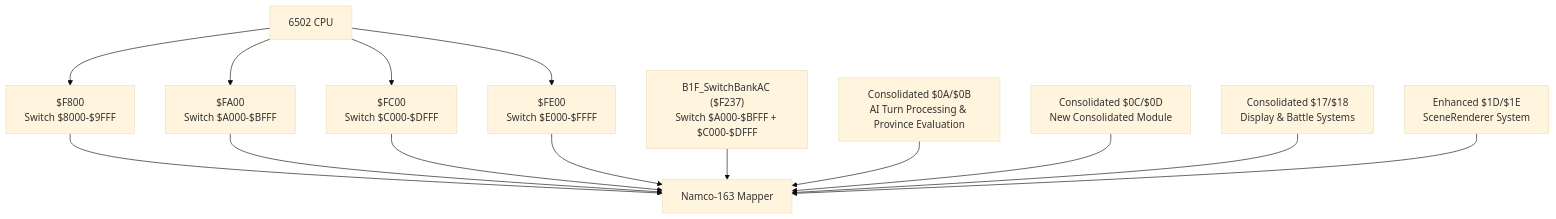
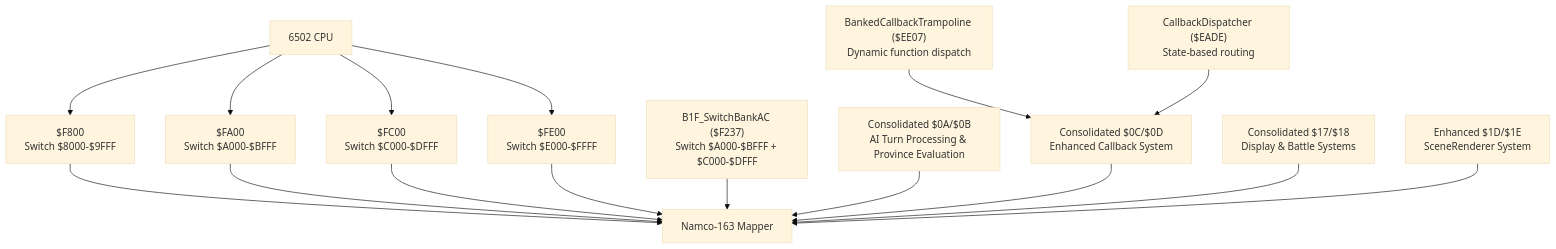
Before and after one commit to rabbyzero/sango2dasm: the second of 3 diagrams in .qoder/repowiki/en/content/Assembly Architecture/Bank Organization and Memory Layout.md, drawn with Mermaid (base theme). The commit also changed other lines of this file and 11 other files, not shown here.

````diff
--- a/.qoder/repowiki/en/content/Assembly Architecture/Bank Organization and Memory Layout.md
+++ b/.qoder/repowiki/en/content/Assembly Architecture/Bank Organization and Memory Layout.md
@@ -129,27 +144,31 @@
 ```mermaid
 graph TB
 CPU["6502 CPU"]
 MAPPER["Namco-163 Mapper"]
 REG8000["$F800<br/>Switch $8000-$9FFF"]
 REGA000["$FA00<br/>Switch $A000-$BFFF"]
 REGC000["$FC00<br/>Switch $C000-$DFFF"]
 REGE000["$FE00<br/>Switch $E000-$FFFF"]
 SWITCHAC["B1F_SwitchBankAC ($F237)<br/>Switch $A000-$BFFF + $C000-$DFFF"]
+TRAMPOLINE["BankedCallbackTrampoline ($EE07)<br/>Dynamic function dispatch"]
+DISPATCHER["CallbackDispatcher ($EADE)<br/>State-based routing"]
 SWITCH0A0B["Consolidated $0A/$0B<br/>AI Turn Processing & Province Evaluation"]
-SWITCH0C0D["Consolidated $0C/$0D<br/>New Consolidated Module"]
+SWITCH0C0D["Consolidated $0C/$0D<br/>Enhanced Callback System"]
 SWITCH1718["Consolidated $17/$18<br/>Display & Battle Systems"]
 SWITCH1D1E["Enhanced $1D/$1E<br/>SceneRenderer System"]
 CPU --> REG8000
 CPU --> REGA000
 CPU --> REGC000
 CPU --> REGE000
 REG8000 --> MAPPER
 REGA000 --> MAPPER
 REGC000 --> MAPPER
 REGE000 --> MAPPER
 SWITCHAC --> MAPPER
+TRAMPOLINE --> SWITCH0C0D
+DISPATCHER --> SWITCH0C0D
 SWITCH0A0B --> MAPPER
 SWITCH0C0D --> MAPPER
 SWITCH1718 --> MAPPER
 SWITCH1D1E --> MAPPER
 ```
````
